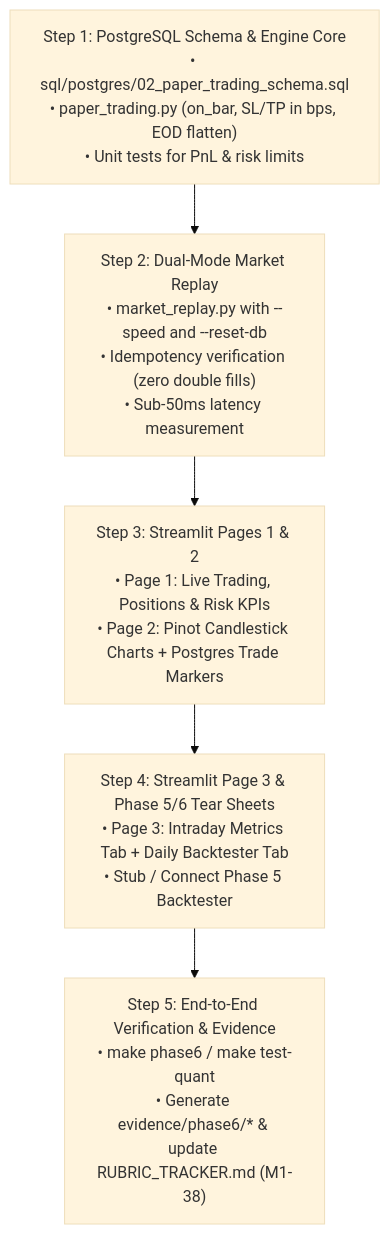
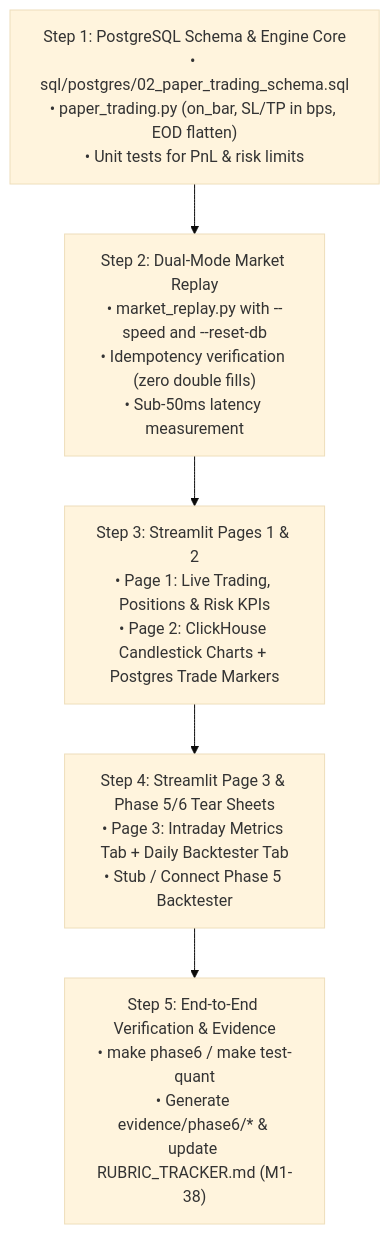
Before and after one commit to LongDeutsch/edai_quant_k11: the second of 2 diagrams in docs/plan/INTRADAY_TRADING_DASHBOARD.md, drawn with Mermaid (base theme). The commit also changed other lines of this file and 159 other files, not shown here.

Commit message:
update backtesting phase 5 and clickhouse UI dashboard for live trading/pnl/signal phase 6

````diff
--- a/docs/plan/INTRADAY_TRADING_DASHBOARD.md
+++ b/docs/plan/INTRADAY_TRADING_DASHBOARD.md
@@ -251,10 +255,10 @@
 ```mermaid
 flowchart TD
     Step1["Step 1: PostgreSQL Schema & Engine Core<br>• sql/postgres/02_paper_trading_schema.sql<br>• paper_trading.py (on_bar, SL/TP in bps, EOD flatten)<br>• Unit tests for PnL & risk limits"]
     Step2["Step 2: Dual-Mode Market Replay<br>• market_replay.py with --speed and --reset-db<br>• Idempotency verification (zero double fills)<br>• Sub-50ms latency measurement"]
-    Step3["Step 3: Streamlit Pages 1 & 2<br>• Page 1: Live Trading, Positions & Risk KPIs<br>• Page 2: Pinot Candlestick Charts + Postgres Trade Markers"]
+    Step3["Step 3: Streamlit Pages 1 & 2<br>• Page 1: Live Trading, Positions & Risk KPIs<br>• Page 2: ClickHouse Candlestick Charts + Postgres Trade Markers"]
     Step4["Step 4: Streamlit Page 3 & Phase 5/6 Tear Sheets<br>• Page 3: Intraday Metrics Tab + Daily Backtester Tab<br>• Stub / Connect Phase 5 Backtester"]
     Step5["Step 5: End-to-End Verification & Evidence<br>• make phase6 / make test-quant<br>• Generate evidence/phase6/* & update RUBRIC_TRACKER.md (M1-38)"]
 
     Step1 --> Step2 --> Step3 --> Step4 --> Step5
 ```
````
